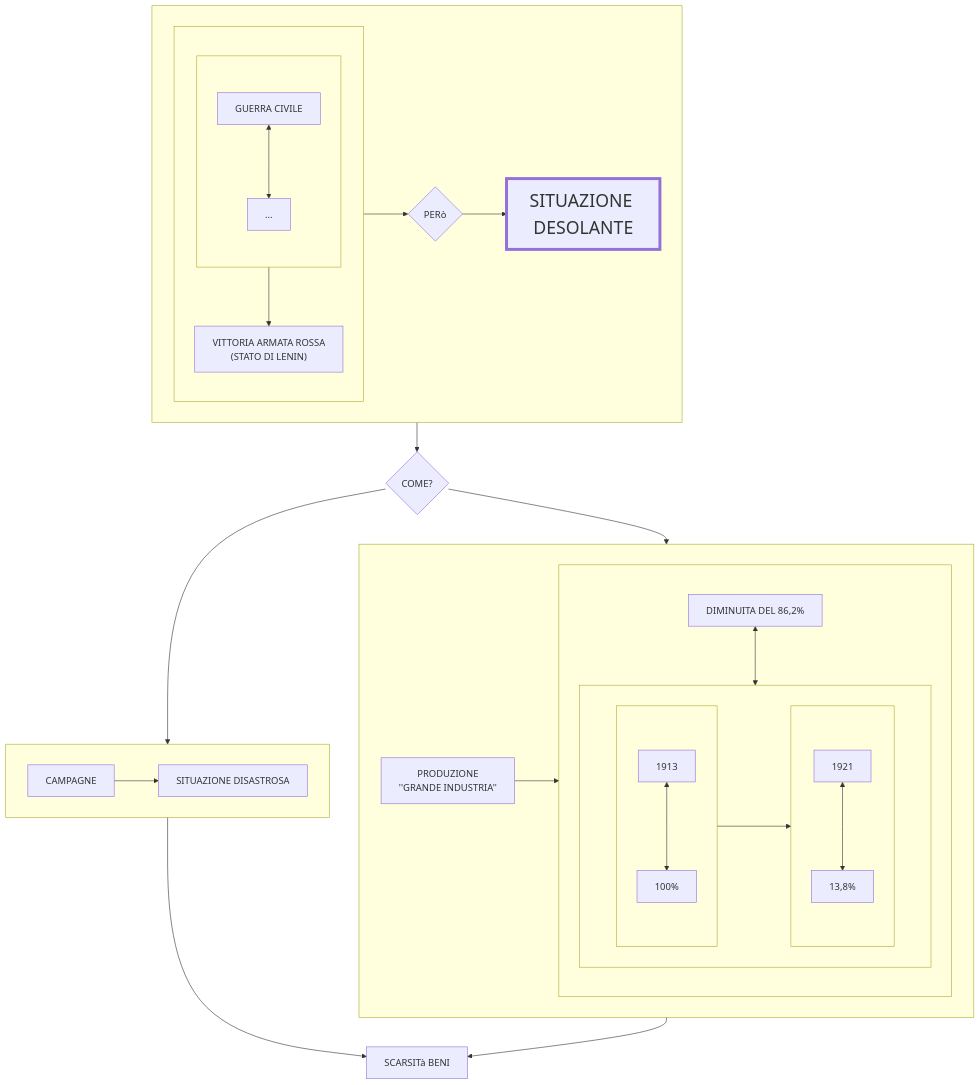
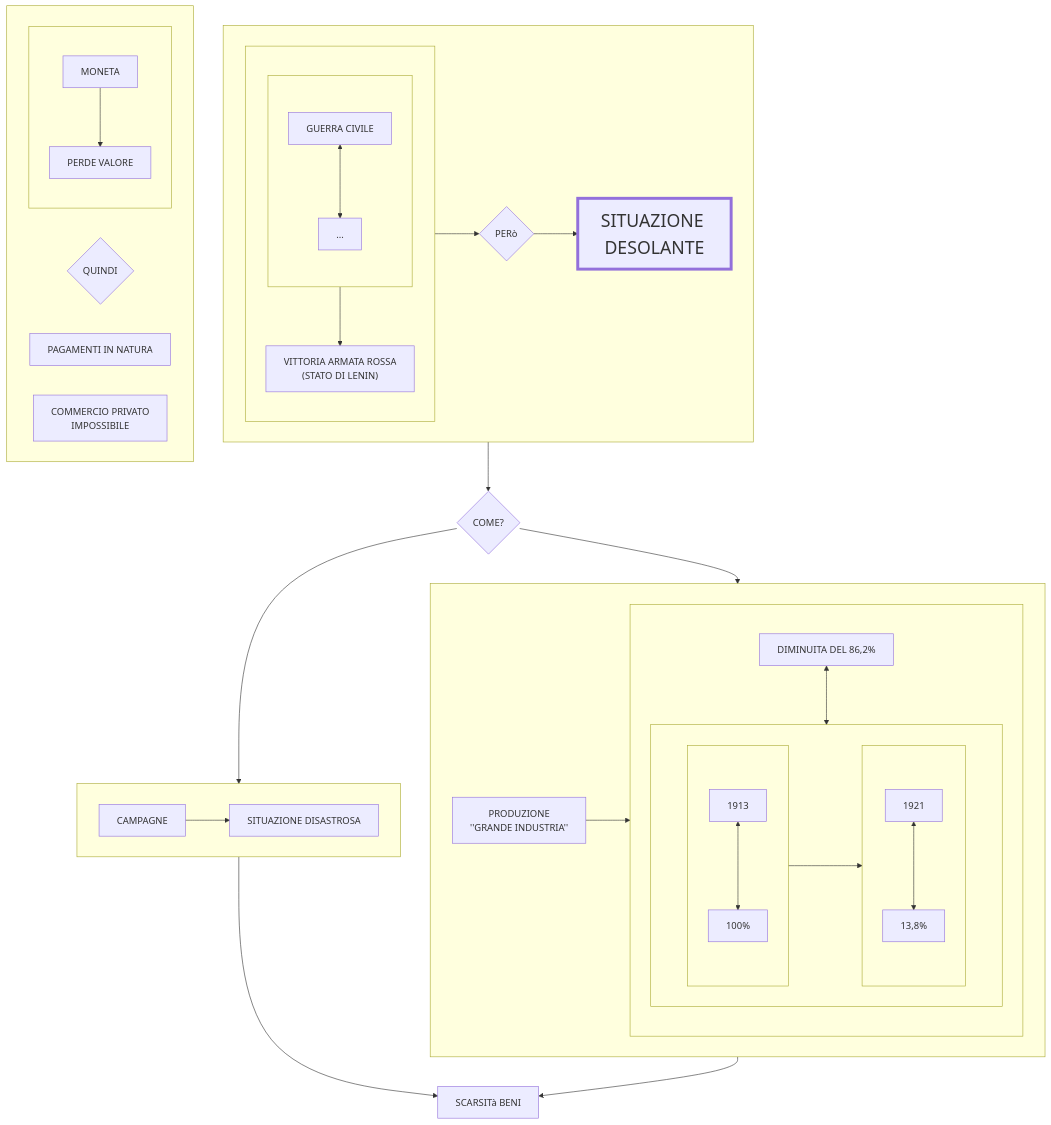
One commit to Laaouatni/ricerca-storia-MermaidJS changed the diagram in prova.md. Above: the diagram before and after it, drawn with Mermaid.

````diff
--- a/prova.md
+++ b/prova.md
@@ -1,54 +1,64 @@
 ```mermaid
 flowchart TB
     classDef classGrande font-size: 30px, stroke-width: 5px;
     subgraph 017[" "]
       subgraph 016[" "]
         subgraph 01[" "]
           010[GUERRA CIVILE]
           0100[...]
           010 <--> 0100
         end
         011["VITTORIA ARMATA ROSSA <br> (STATO DI LENIN)"]
         01 --> 011
       end
       016 --> 012 --> 013
       012{PERò}
       013[SITUAZIONE DESOLANTE]:::classGrande
     end
     %% 013 --> 014
        017 --> 014
     014{COME?}
     subgraph 2[" "]
       20[PRODUZIONE <br> ''GRANDE INDUSTRIA'']
       subgraph 21[" "]
         200[DIMINUITA DEL 86,2%]
         subgraph 210[" "]
           direction LR;
           subgraph 22[" "]
             direction TB;
             220[1913]
             221[100%]
             220 <-->221
           end
           subgraph 23[" "]
             direction TB;
             230[1921]
             231[13,8%]
             230 <--> 231
           end
           22 --> 23
         end
         200 <--> 210
       end
       20 --> 21
     end
     014 --> 2
     subgraph 3[" "]
       30[CAMPAGNE]
       31[SITUAZIONE DISASTROSA]
       30 --> 31
     end
     014 --> 3
     4[SCARSITà BENI]
     3 & 2 --> 4
+    subgraph 5[" "]
+      subgraph 50[" "]
+        500[MONETA]
+        501[PERDE VALORE]
+        500 --> 501
+      end
+      51{QUINDI}
+      52[PAGAMENTI IN NATURA]
+      53[COMMERCIO PRIVATO <br> IMPOSSIBILE]
+    end
 ```
````
